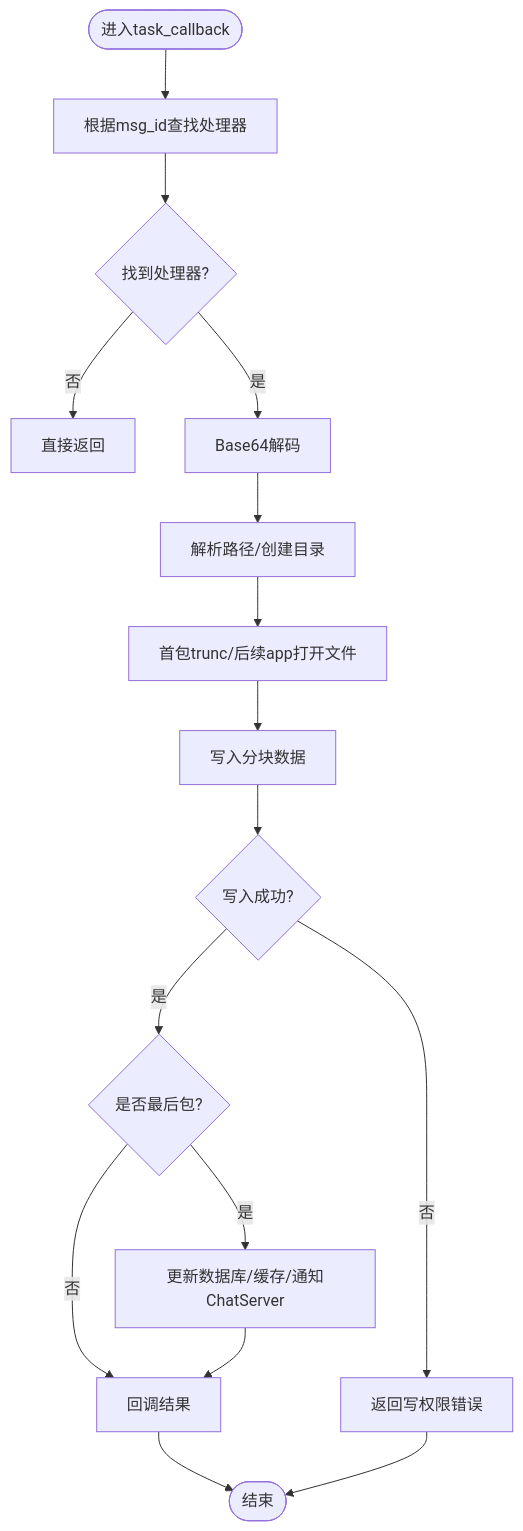
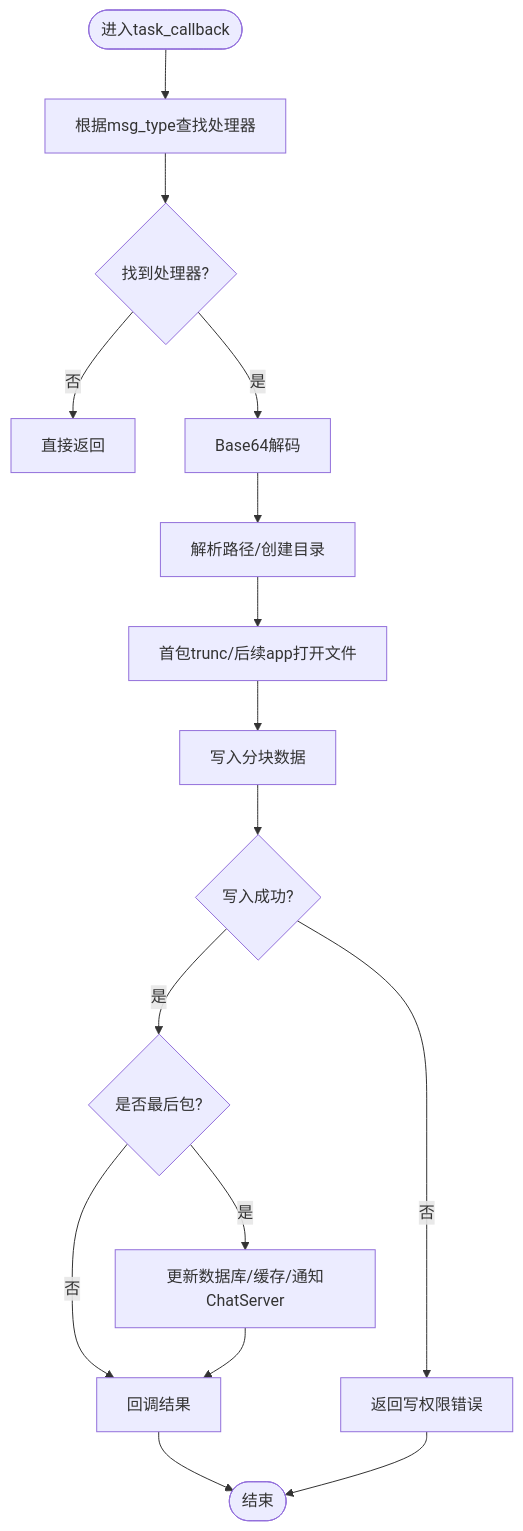
The third of 5 diagrams in .qoder/repowiki/zh/content/服务端开发/ResourceServer资源存储服务/文件系统抽象层.md (echo9923/mychatter), drawn with Mermaid before and after one commit. The commit also changed other lines of this file and 128 other files, not shown here.

````diff
--- a/.qoder/repowiki/zh/content/服务端开发/ResourceServer资源存储服务/文件系统抽象层.md
+++ b/.qoder/repowiki/zh/content/服务端开发/ResourceServer资源存储服务/文件系统抽象层.md
@@ -204,18 +204,18 @@
 ```mermaid
 flowchart TD
-Start(["进入task_callback"]) --> Lookup["根据msg_id查找处理器"]
+Start(["进入task_callback"]) --> Lookup["根据msg_type查找处理器"]
 Lookup --> Found{"找到处理器?"}
 Found --> |否| Return["直接返回"]
 Found --> |是| Decode["Base64解码"]
 Decode --> Path["解析路径/创建目录"]
 Path --> Open["首包trunc/后续app打开文件"]
 Open --> Write["写入分块数据"]
 Write --> WOK{"写入成功?"}
 WOK --> |否| ErrPerm["返回写权限错误"]
 WOK --> |是| Last{"是否最后包?"}
 Last --> |否| CB["回调结果"]
 Last --> |是| Biz["更新数据库/缓存/通知ChatServer"]
 Biz --> CB
 CB --> End(["结束"])
 ErrPerm --> End
 ```
````
